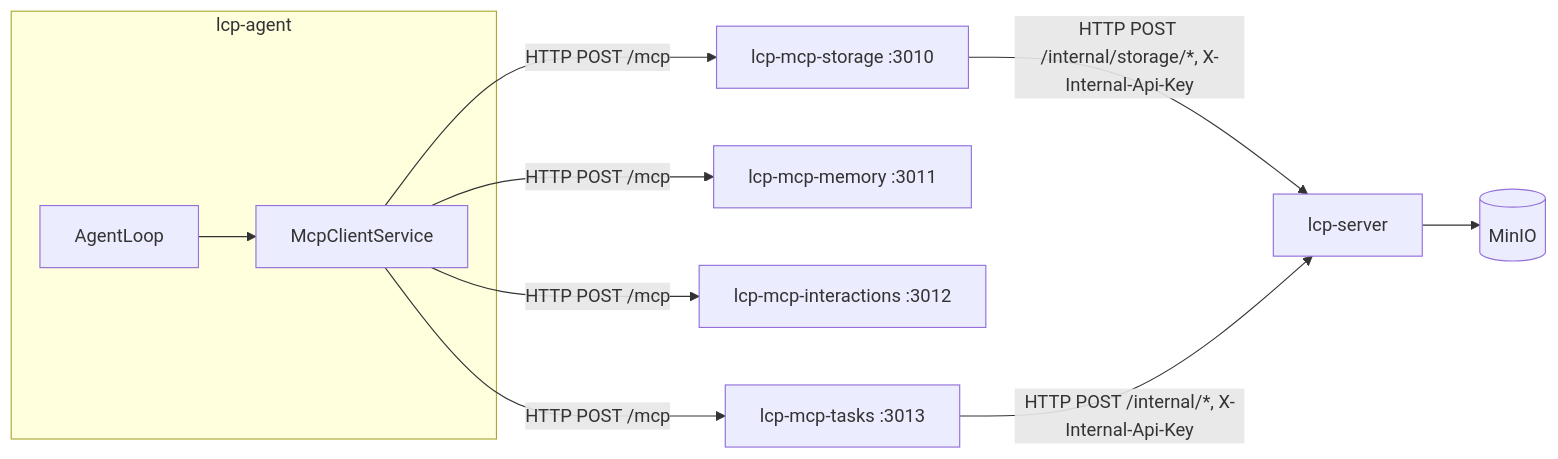
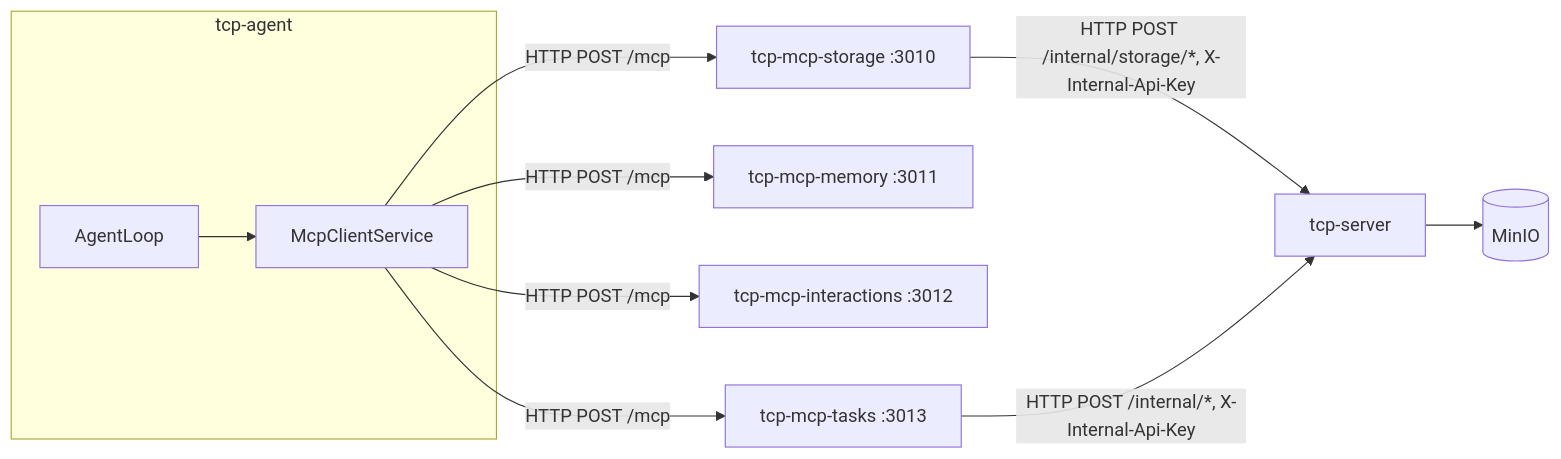
One commit to instantiator/tcp-server changed the second of 2 diagrams in docs/agent-services.md. Above: the diagram before and after it, drawn with Mermaid. The commit also changed other lines of this file and 1129 other files, not shown here.

````diff
--- a/docs/agent-services.md
+++ b/docs/agent-services.md
@@ -81,13 +82,13 @@
 ```mermaid
 flowchart LR
-    subgraph lcp-agent
+    subgraph tcp-agent
         AL[AgentLoop] --> MC[McpClientService]
     end
-    MC -->|HTTP POST /mcp| S[lcp-mcp-storage :3010]
-    MC -->|HTTP POST /mcp| M[lcp-mcp-memory :3011]
-    MC -->|HTTP POST /mcp| I[lcp-mcp-interactions :3012]
-    MC -->|HTTP POST /mcp| T[lcp-mcp-tasks :3013]
-    S -->|HTTP POST /internal/storage/*, X-Internal-Api-Key| LS[lcp-server]
+    MC -->|HTTP POST /mcp| S[tcp-mcp-storage :3010]
+    MC -->|HTTP POST /mcp| M[tcp-mcp-memory :3011]
+    MC -->|HTTP POST /mcp| I[tcp-mcp-interactions :3012]
+    MC -->|HTTP POST /mcp| T[tcp-mcp-tasks :3013]
+    S -->|HTTP POST /internal/storage/*, X-Internal-Api-Key| LS[tcp-server]
     T -->|HTTP POST /internal/*, X-Internal-Api-Key| LS
     LS --> MIO[(MinIO)]
 ```
````
